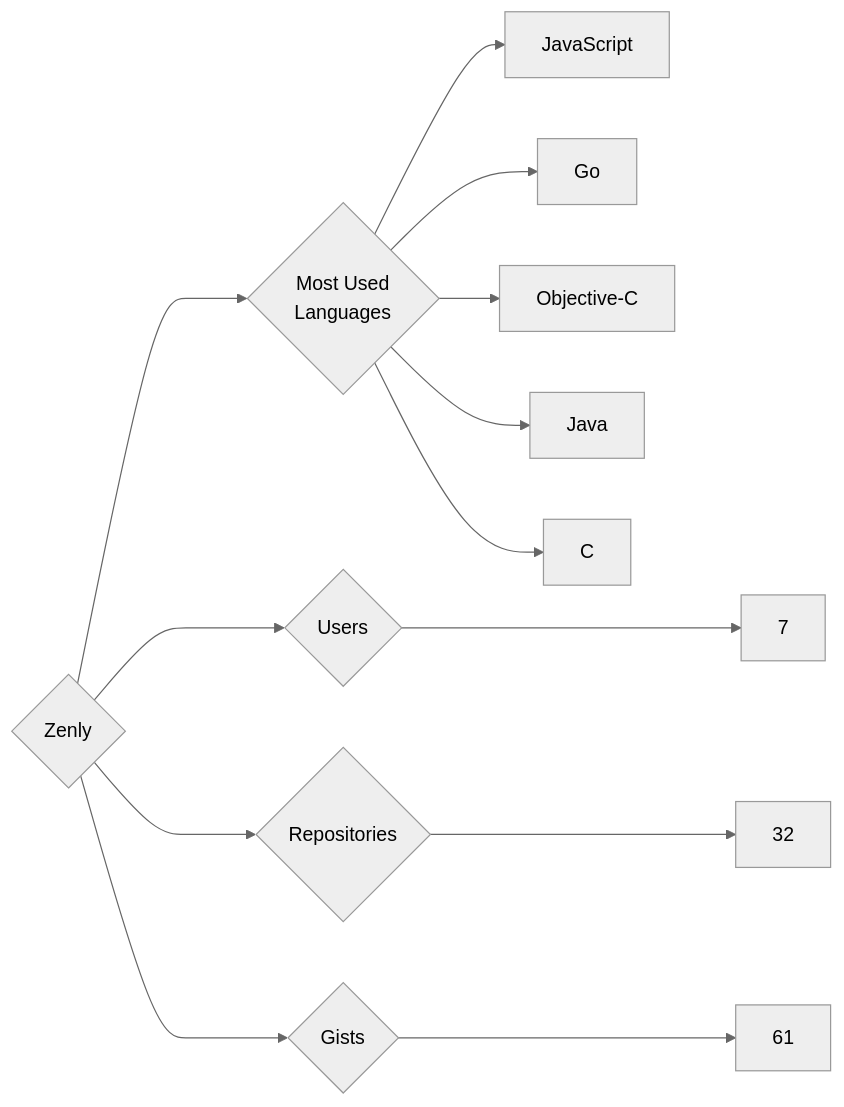
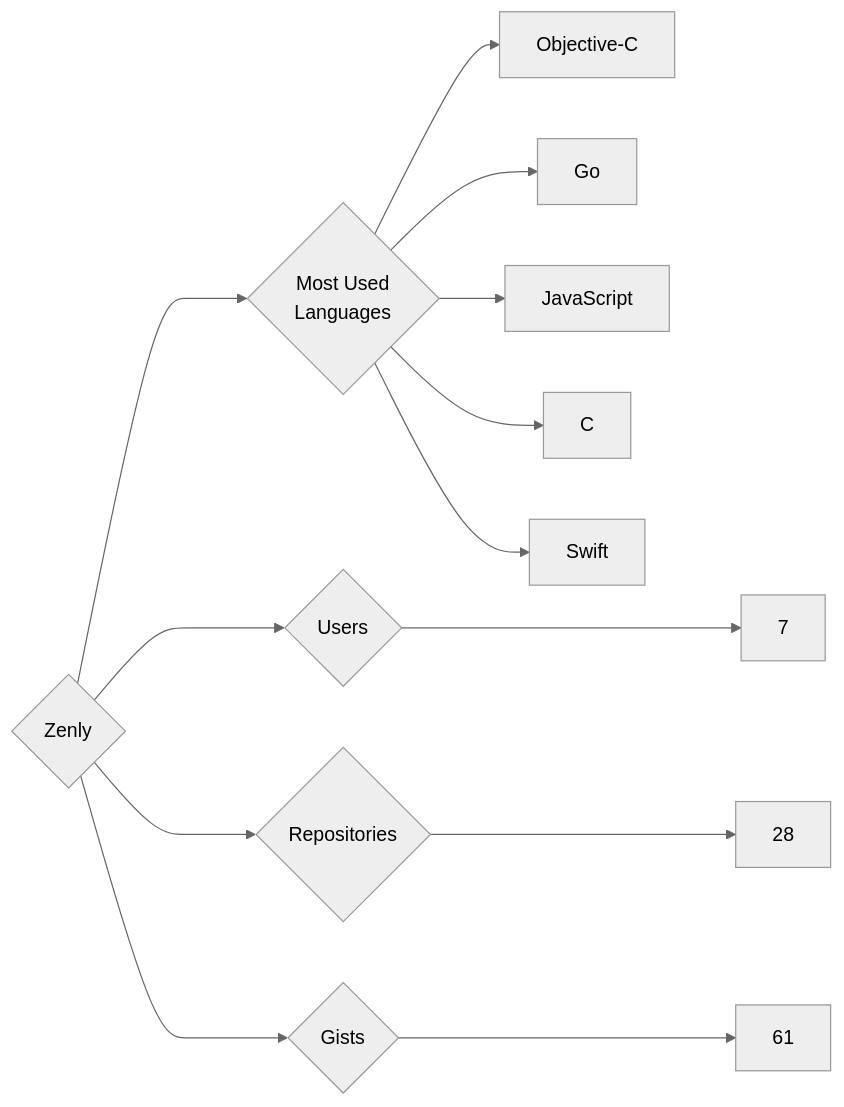
Before and after one commit to trickest/insiders: the diagram in targets/Zenly/README.md, drawn with Mermaid (neutral theme). The commit also changed 725 other files, not shown here.

````diff
--- a/targets/Zenly/README.md
+++ b/targets/Zenly/README.md
@@ -3,13 +3,13 @@
 ```mermaid
 graph LR
 COMPANY_NAME{Zenly}
 COMPANY_NAME ---> U{Users} ---> UN[7]
-COMPANY_NAME ---> R{Repositories} ---> RN[32]
+COMPANY_NAME ---> R{Repositories} ---> RN[28]
 COMPANY_NAME ---> G{Gists} ---> GN[61]
 COMPANY_NAME ---> ML{Most Used<br>Languages}
+ML --> Objective-C[Objective-C]
+ML --> Go[Go]
 ML --> JavaScript[JavaScript]
-ML --> Go[Go]
-ML --> Objective-C[Objective-C]
-ML --> Java[Java]
 ML --> C[C]
+ML --> Swift[Swift]
 ```
````
